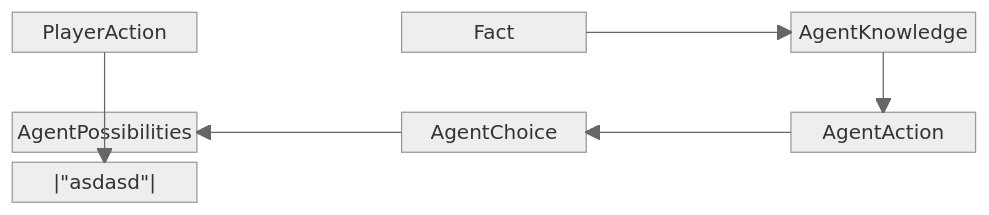
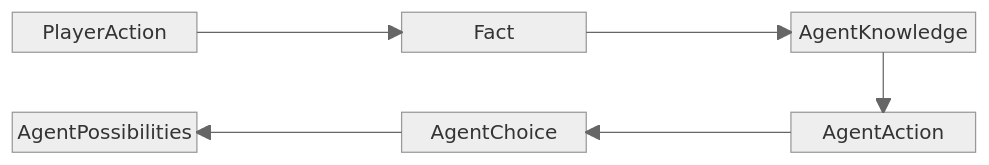
Before and after one commit to rchDev/game-of-points: the diagram in docs/deep-lore.md, drawn with Mermaid (neutral theme). The commit also changed other lines of this file, not shown here.

````diff
--- a/docs/deep-lore.md
+++ b/docs/deep-lore.md
@@ -49,13 +40,13 @@
 ```mermaid
 block-beta
    columns 5
    A["PlayerAction"] space B["Fact"] space C["AgentKnowledge"]
    space space space space space
    F["AgentPossibilities"] space E["AgentChoice"] space D["AgentAction"]
 
-   A -->|"asdasd"| B
+   A --> B
    B --> C
    C --> D
    D --> E
    E --> F
 ```
````
